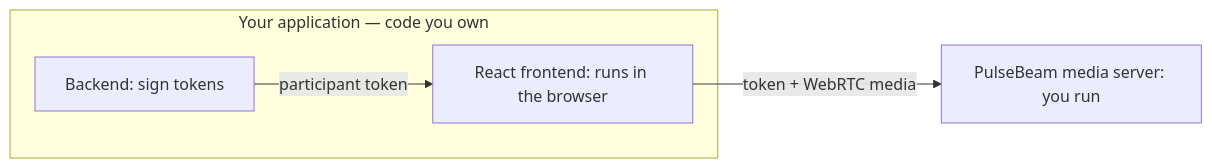
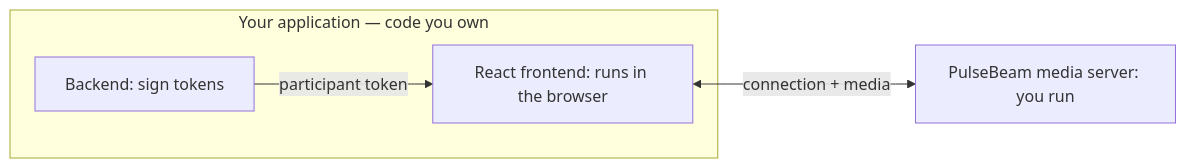
The diagram in docs/react/quickstart.md (PulseBeamDev/pulsebeam), drawn with Mermaid before and after one commit. The commit also changed other lines of this file, not shown here.

Commit message:
docs: use one idiomatic React room component with explicit backend token handoff

````diff
--- a/docs/react/quickstart.md
+++ b/docs/react/quickstart.md
@@ -11,7 +11,7 @@
 ```mermaid
 flowchart LR
     subgraph app["Your application — code you own"]
         backend["Backend: sign tokens"] -->|"participant token"| frontend["React frontend: runs in the browser"]
     end
-    frontend -->|"token + WebRTC media"| server["PulseBeam media server: you run"]
+    frontend <-->|"connection + media"| server["PulseBeam media server: you run"]
 ```
````
